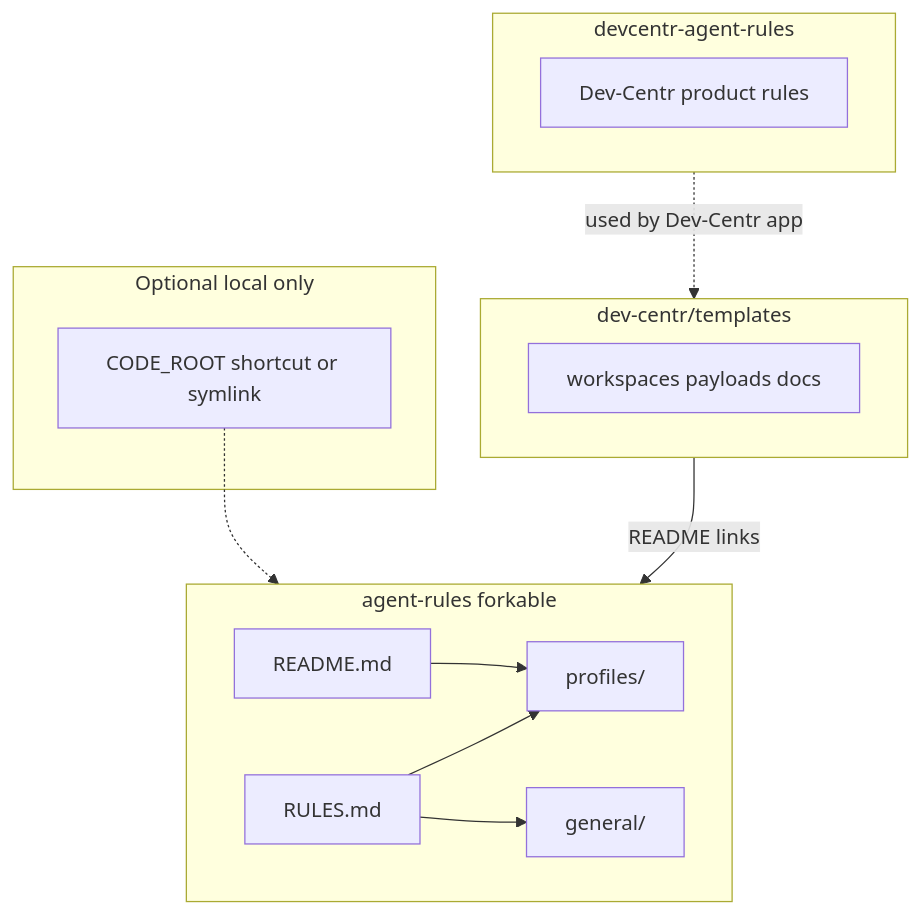
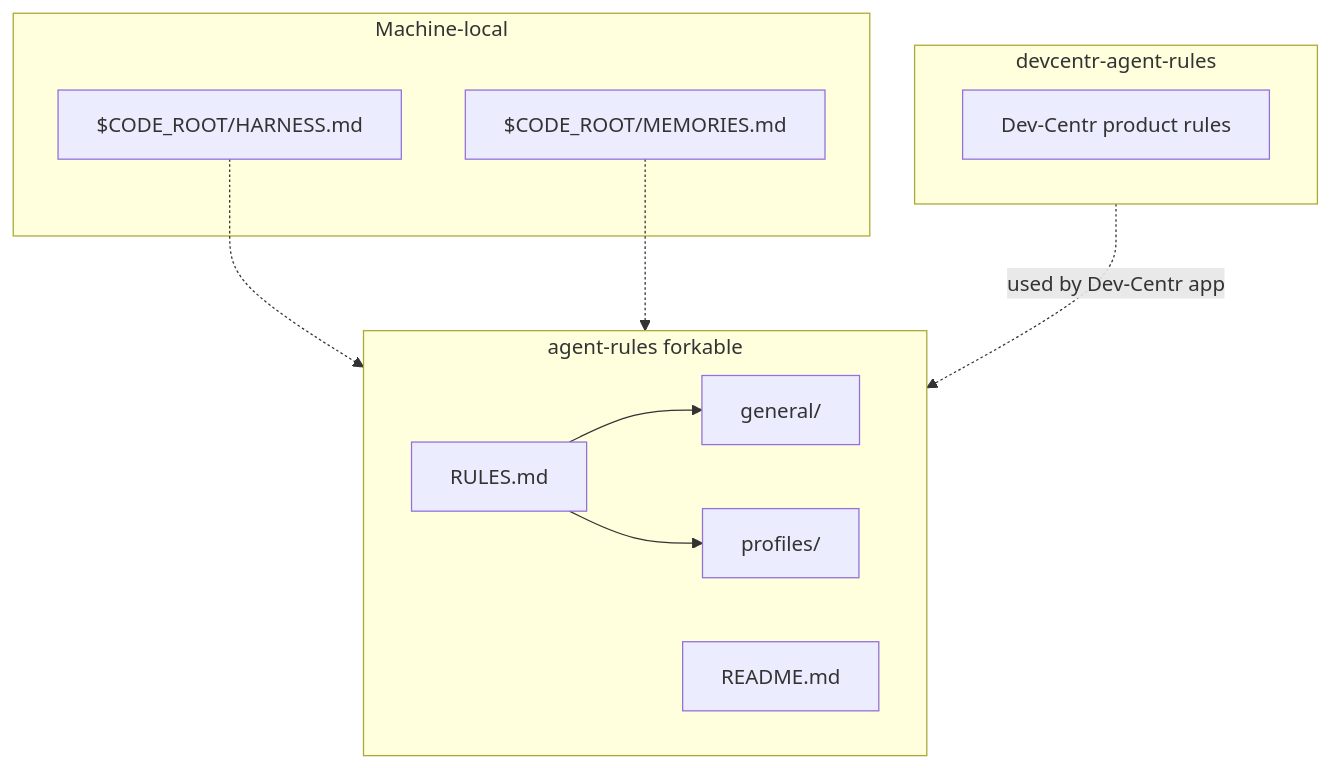
The diagram in README.md (dev-centr/agent-rules), drawn with Mermaid before and after one commit. The commit also changed other lines of this file and 43 other files, not shown here.

First line of the commit message:
Make agent-rules harness-neutral with HARNESS.md machine layer.

````diff
--- a/README.md
+++ b/README.md
@@ -48,24 +50,21 @@
 ```mermaid
 flowchart TB
   subgraph forkable [agent-rules forkable]
     G[general/]
     P[profiles/]
     R[RULES.md]
     M[README.md]
   end
+  subgraph machine [Machine-local]
+    H["$CODE_ROOT/HARNESS.md"]
+    MEM["$CODE_ROOT/MEMORIES.md"]
+  end
   subgraph product [devcentr-agent-rules]
     X[Dev-Centr product rules]
   end
-  subgraph personal [Optional local only]
-    Z[CODE_ROOT shortcut or symlink]
-  end
-  subgraph other [dev-centr/templates]
-    W[workspaces payloads docs]
-  end
-  M --> P
+  R --> G
   R --> P
-  R --> G
-  Z -.-> forkable
-  other -->|README links| forkable
-  product -.->|used by Dev-Centr app| other
+  H -.-> forkable
+  MEM -.-> forkable
+  product -.->|used by Dev-Centr app| forkable
 ```
````
